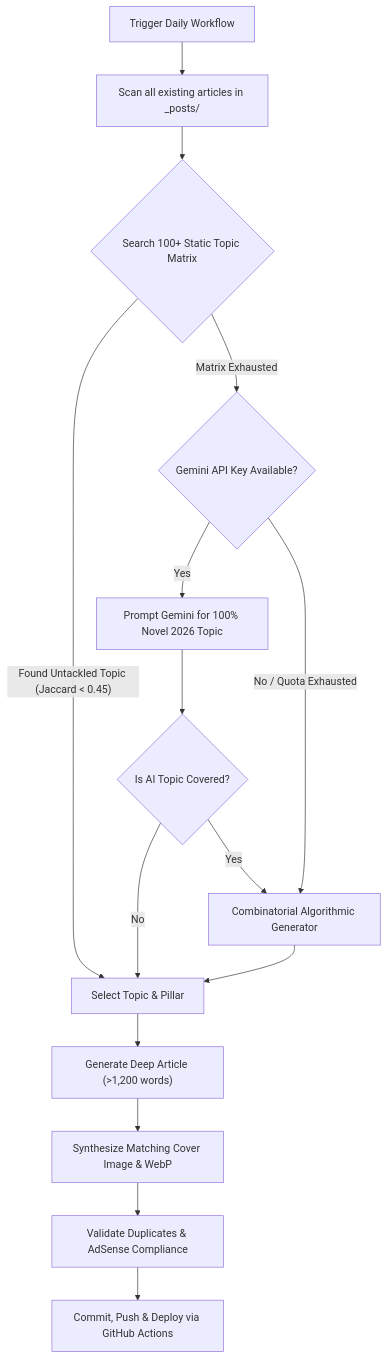
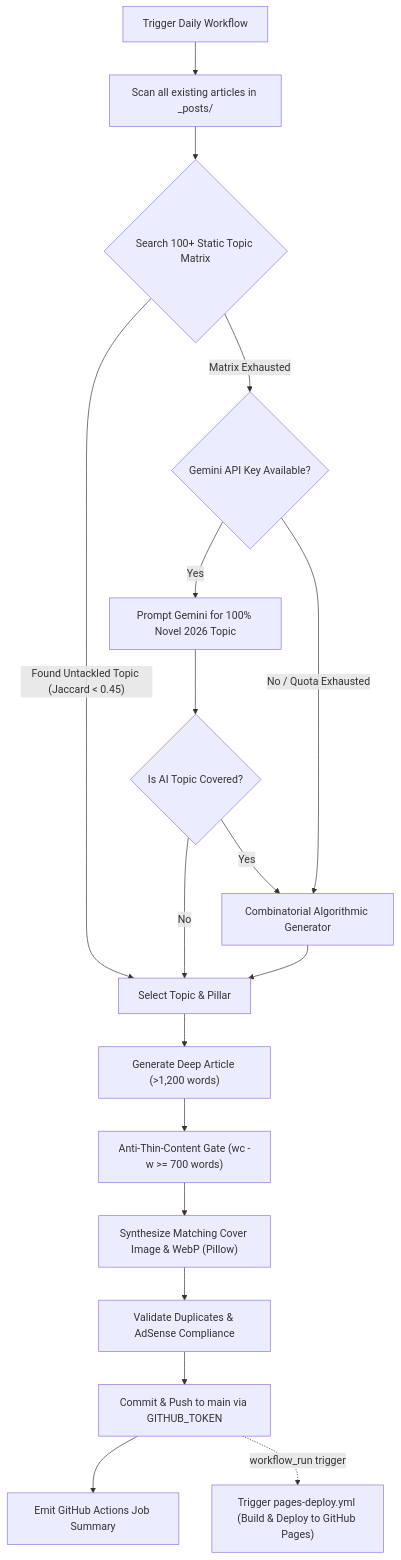
The diagram in wiki/publishing-pipeline-and-deduplication.md (mach-playbook/mach-playbook.github.io), drawn with Mermaid before and after one commit. The commit also changed other lines of this file and 5 other files, not shown here.

````diff
--- a/wiki/publishing-pipeline-and-deduplication.md
+++ b/wiki/publishing-pipeline-and-deduplication.md
@@ -16,21 +16,24 @@
 ```mermaid
 flowchart TD
     Start["Trigger Daily Workflow"] --> Scan["Scan all existing articles in _posts/"]
     Scan --> CheckMatrix{"Search 100+ Static Topic Matrix"}
     
     CheckMatrix -->|"Found Untackled Topic (Jaccard < 0.45)"| PickTopic["Select Topic & Pillar"]
     CheckMatrix -->|"Matrix Exhausted"| TryAI{"Gemini API Key Available?"}
     
     TryAI -->|"Yes"| AIGen["Prompt Gemini for 100% Novel 2026 Topic"]
     AIGen --> CheckAICovered{"Is AI Topic Covered?"}
     CheckAICovered -->|"No"| PickTopic
     CheckAICovered -->|"Yes"| AlgoFallback["Combinatorial Algorithmic Generator"]
     
     TryAI -->|"No / Quota Exhausted"| AlgoFallback
     AlgoFallback --> PickTopic
     
     PickTopic --> Generate["Generate Deep Article (>1,200 words)"]
-    Generate --> CoverImage["Synthesize Matching Cover Image & WebP"]
+    Generate --> AntiThinGate["Anti-Thin-Content Gate (wc -w >= 700 words)"]
+    AntiThinGate --> CoverImage["Synthesize Matching Cover Image & WebP (Pillow)"]
     CoverImage --> Verify["Validate Duplicates & AdSense Compliance"]
-    Verify --> Deploy["Commit, Push & Deploy via GitHub Actions"]
+    Verify --> Deploy["Commit & Push to main via GITHUB_TOKEN"]
+    Deploy --> Summary["Emit GitHub Actions Job Summary"]
+    Deploy -.->|workflow_run trigger| PagesDeploy["Trigger pages-deploy.yml (Build & Deploy to GitHub Pages)"]
 ```
````
